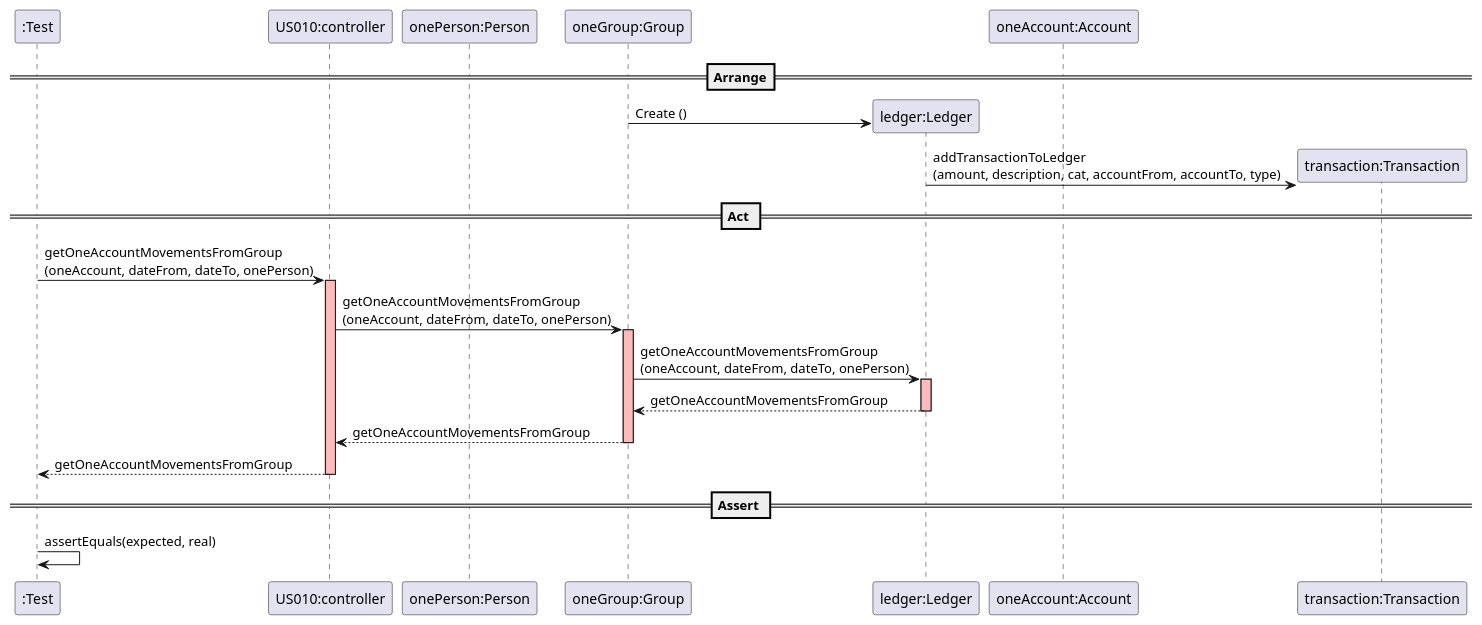
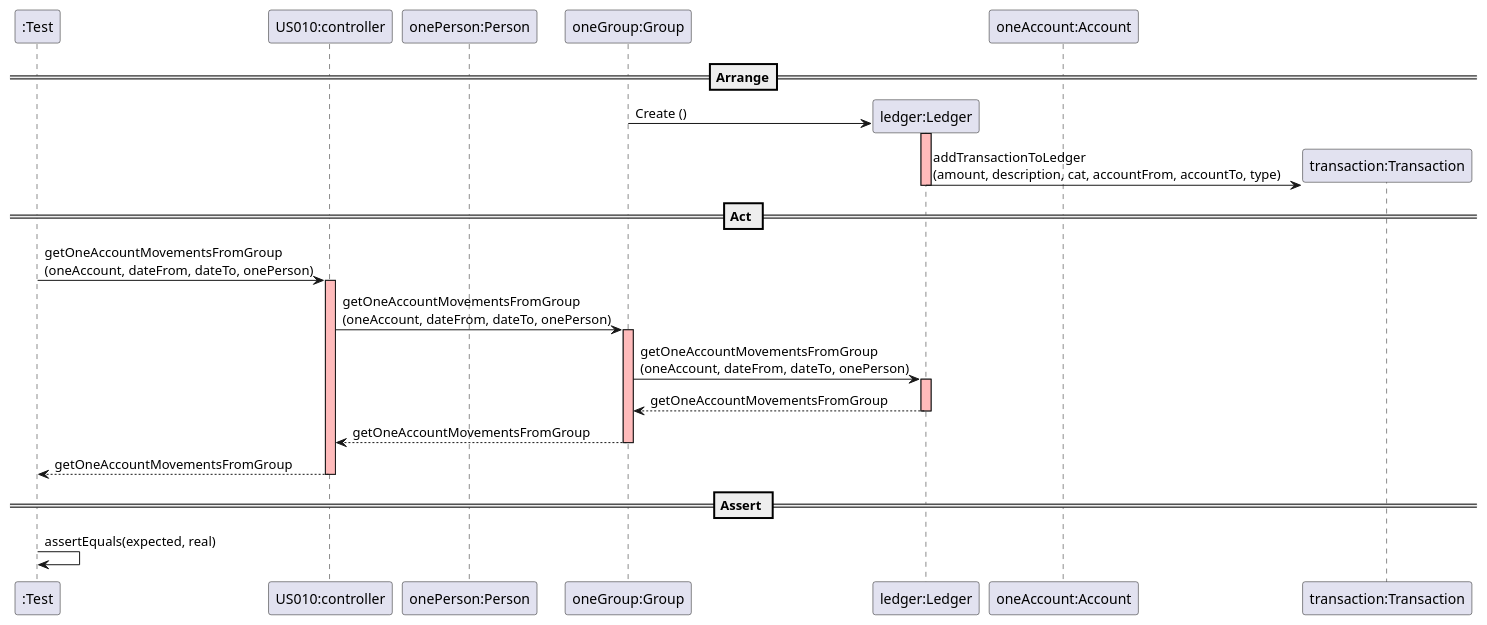
One commit to mleitaoribeiro/DevOpsMaven changed the diagram in docs/SequenceDiagram - US010 .puml. Above: the diagram before and after it, drawn with PlantUML.

Commit message:
ref #389: changed Sequence Diagram - US010

```diff
--- a/docs/SequenceDiagram - US010 .puml
+++ b/docs/SequenceDiagram - US010 .puml
@@ -1,43 +1,36 @@
 @startuml
 create ":Test"
 
 ==Arrange==
 
 create "US010:controller"
-
 create "onePerson:Person"
-
 create "oneGroup:Group"
-
 create "ledger:Ledger"
-
 "oneGroup:Group" -> "ledger:Ledger" : Create ()
-
+activate "ledger:Ledger" #FFBBBB
 create "oneAccount:Account"
-
 create "transaction:Transaction"
-
 "ledger:Ledger" -> "transaction:Transaction" : addTransactionToLedger\n(amount, description, cat, accountFrom, accountTo, type)
-
+deactivate "ledger:Ledger" #FFBBBB
 
 == Act ==
 
 ":Test" -> "US010:controller" : getOneAccountMovementsFromGroup\n(oneAccount, dateFrom, dateTo, onePerson)
 activate "US010:controller" #FFBBBB
 "US010:controller" -> "oneGroup:Group" : getOneAccountMovementsFromGroup\n(oneAccount, dateFrom, dateTo, onePerson)
 activate "oneGroup:Group" #FFBBBB
 "oneGroup:Group" -> "ledger:Ledger" : getOneAccountMovementsFromGroup\n(oneAccount, dateFrom, dateTo, onePerson)
-
 activate "ledger:Ledger" #FFBBBB
 "ledger:Ledger" --> "oneGroup:Group" : getOneAccountMovementsFromGroup
 deactivate "ledger:Ledger" #FFBBBB
 "oneGroup:Group" --> "US010:controller" : getOneAccountMovementsFromGroup
 deactivate "oneGroup:Group" #FFBBBB
 "US010:controller" --> ":Test" : getOneAccountMovementsFromGroup
 deactivate "US010:controller" #FFBBBB
 
 == Assert ==
 
 ":Test" -> ":Test" : assertEquals(expected, real)
 
 @enduml
```
